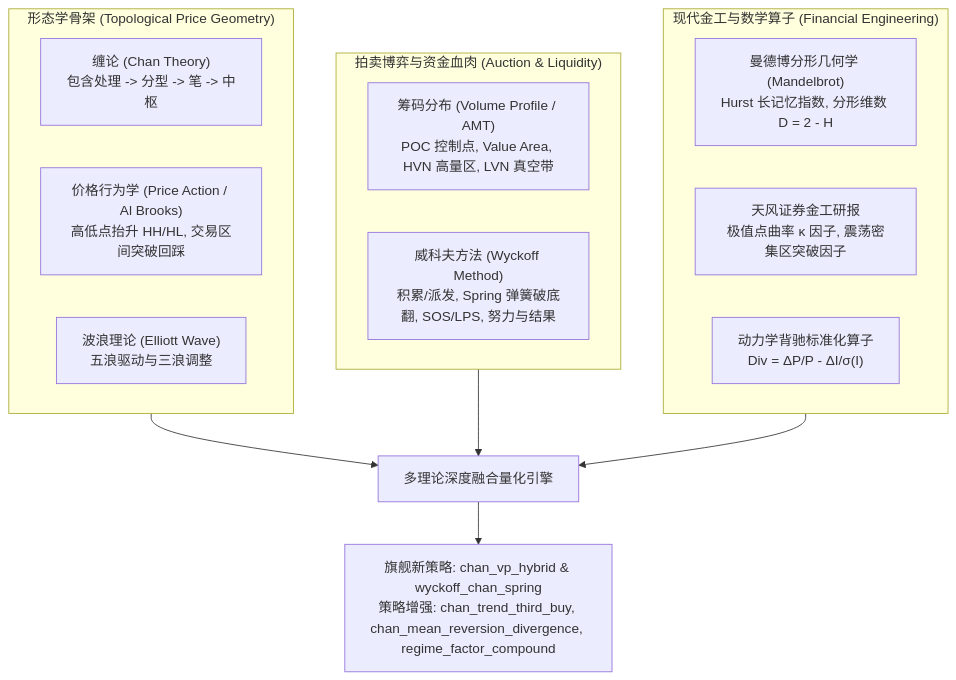
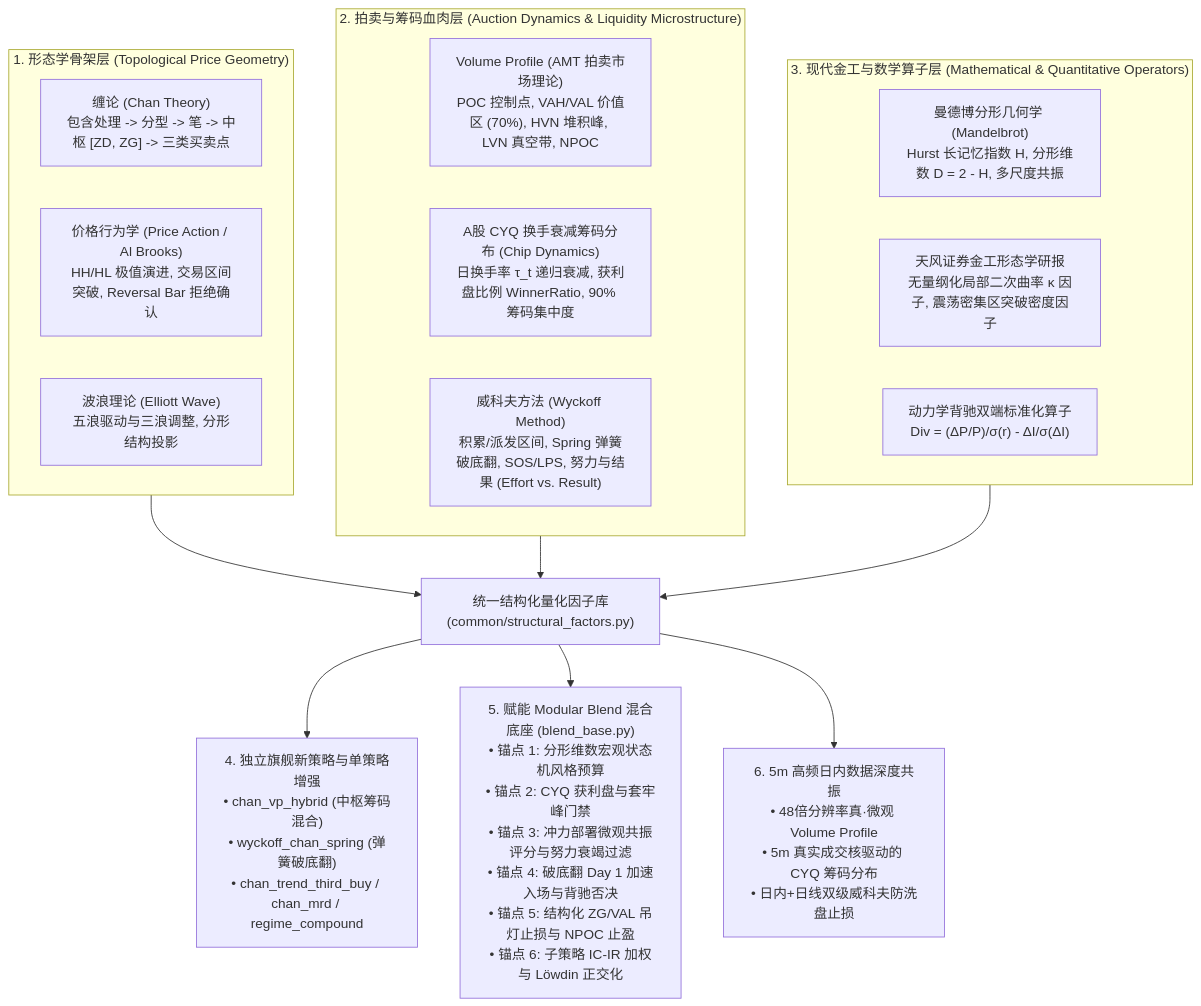
The first of 2 diagrams in docs/缠论与筹码分布及多流派量化融合实施方案.md (stonewell/quant_research), drawn with Mermaid before and after one commit. The commit also changed other lines of this file and 5 other files, not shown here.

Commit message:
add development plan and enhance chan vp blend plan

````diff
--- a/docs/缠论与筹码分布及多流派量化融合实施方案.md
+++ b/docs/缠论与筹码分布及多流派量化融合实施方案.md
@@ -9,24 +30,28 @@
 ```mermaid
 flowchart TD
-    subgraph 骨架层["形态学骨架 (Topological Price Geometry)"]
-        CHAN["缠论 (Chan Theory)\n包含处理 -> 分型 -> 笔 -> 中枢"]
-        PA["价格行为学 (Price Action / Al Brooks)\n高低点抬升 HH/HL, 交易区间突破回踩"]
-        ELLIOTT["波浪理论 (Elliott Wave)\n五浪驱动与三浪调整"]
+    subgraph SKELETON["1. 形态学骨架层 (Topological Price Geometry)"]
+        CHAN["缠论 (Chan Theory)\n包含处理 -> 分型 -> 笔 -> 中枢 [ZD, ZG] -> 三类买卖点"]
+        PA["价格行为学 (Price Action / Al Brooks)\nHH/HL 极值演进, 交易区间突破, Reversal Bar 拒绝确认"]
+        ELLIOTT["波浪理论 (Elliott Wave)\n五浪驱动与三浪调整, 分形结构投影"]
     end
 
-    subgraph 血肉层["拍卖博弈与资金血肉 (Auction & Liquidity)"]
-        VP["筹码分布 (Volume Profile / AMT)\nPOC 控制点, Value Area, HVN 高量区, LVN 真空带"]
-        WYCKOFF["威科夫方法 (Wyckoff Method)\n积累/派发, Spring 弹簧破底翻, SOS/LPS, 努力与结果"]
+    subgraph FLESH["2. 拍卖与筹码血肉层 (Auction Dynamics & Liquidity Microstructure)"]
+        VP["Volume Profile (AMT 拍卖市场理论)\nPOC 控制点, VAH/VAL 价值区 (70%), HVN 堆积峰, LVN 真空带, NPOC"]
+        CYQ["A股 CYQ 换手衰减筹码分布 (Chip Dynamics)\n日换手率 τ_t 递归衰减, 获利盘比例 WinnerRatio, 90% 筹码集中度"]
+        WYCKOFF["威科夫方法 (Wyckoff Method)\n积累/派发区间, Spring 弹簧破底翻, SOS/LPS, 努力与结果 (Effort vs. Result)"]
     end
 
-    subgraph 算子层["现代金工与数学算子 (Financial Engineering)"]
-        MANDELBROT["曼德博分形几何学 (Mandelbrot)\nHurst 长记忆指数, 分形维数 D = 2 - H"]
-        TIANFENG["天风证券金工研报\n极值点曲率 κ 因子, 震荡密集区突破因子"]
-        DIVERGENCE["动力学背驰标准化算子\nDiv = ΔP/P - ΔI/σ(I)"]
+    subgraph MATH["3. 现代金工与数学算子层 (Mathematical & Quantitative Operators)"]
+        MANDELBROT["曼德博分形几何学 (Mandelbrot)\nHurst 长记忆指数 H, 分形维数 D = 2 - H, 多尺度共振"]
+        TIANFENG["天风证券金工形态学研报\n无量纲化局部二次曲率 κ 因子, 震荡密集区突破密度因子"]
+        DIVERGENCE["动力学背驰双端标准化算子\nDiv = (ΔP/P)/σ(r) - ΔI/σ(ΔI)"]
     end
 
-    骨架层 --> 融合引擎["多理论深度融合量化引擎"]
-    血肉层 --> 融合引擎
-    算子层 --> 融合引擎
-    融合引擎 --> 策略体系["旗舰新策略: chan_vp_hybrid & wyckoff_chan_spring\n策略增强: chan_trend_third_buy, chan_mean_reversion_divergence, regime_factor_compound"]
+    SKELETON --> FACTORS["统一结构化量化因子库\n(common/structural_factors.py)"]
+    FLESH --> FACTORS
+    MATH --> FACTORS
+
+    FACTORS --> STRATS["4. 独立旗舰新策略与单策略增强\n• chan_vp_hybrid (中枢筹码混合)\n• wyckoff_chan_spring (弹簧破底翻)\n• chan_trend_third_buy / chan_mrd / regime_compound"]
+    FACTORS --> BLEND["5. 赋能 Modular Blend 混合底座 (blend_base.py)\n• 锚点 1: 分形维数宏观状态机风格预算\n• 锚点 2: CYQ 获利盘与套牢峰门禁\n• 锚点 3: 冲力部署微观共振评分与努力衰竭过滤\n• 锚点 4: 破底翻 Day 1 加速入场与背驰否决\n• 锚点 5: 结构化 ZG/VAL 吊灯止损与 NPOC 止盈\n• 锚点 6: 子策略 IC-IR 加权与 Löwdin 正交化"]
+    FACTORS --> INTRADAY["6. 5m 高频日内数据深度共振\n• 48倍分辨率真·微观 Volume Profile\n• 5m 真实成交核驱动的 CYQ 筹码分布\n• 日内+日线双级威科夫防洗盘止损"]
 ```
````
